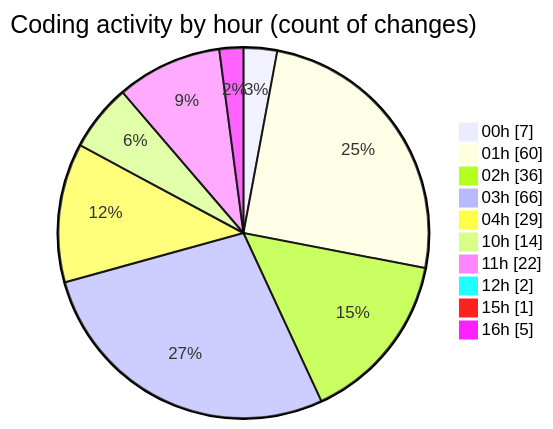
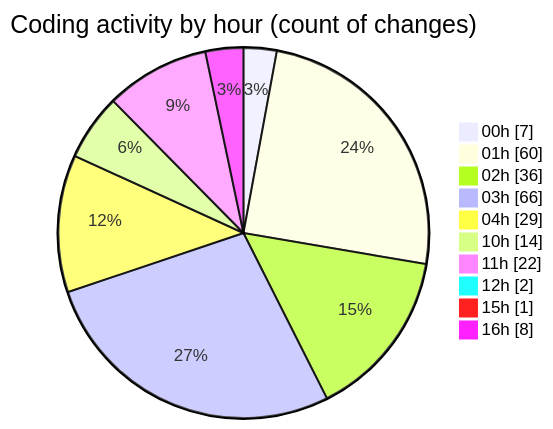
The second of 2 diagrams in 2025-10-07/eventscop-frontend-guide__workspace_/README.md (julien-gomy/code-tracking), drawn with Mermaid before and after one commit. The commit also changed other lines of this file and 1 other file, not shown here.

````diff
--- a/2025-10-07/eventscop-frontend-guide__workspace_/README.md
+++ b/2025-10-07/eventscop-frontend-guide__workspace_/README.md
@@ -106,14 +106,14 @@
 ```mermaid
 pie showData
 title Coding activity by hour (count of changes)
 "00h" : 7
 "01h" : 60
 "02h" : 36
 "03h" : 66
 "04h" : 29
 "10h" : 14
 "11h" : 22
 "12h" : 2
 "15h" : 1
-"16h" : 5
+"16h" : 8
 ```
````
